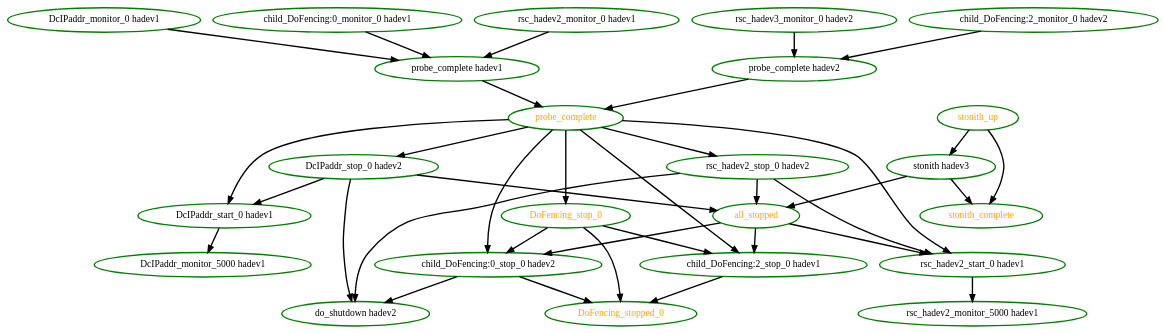
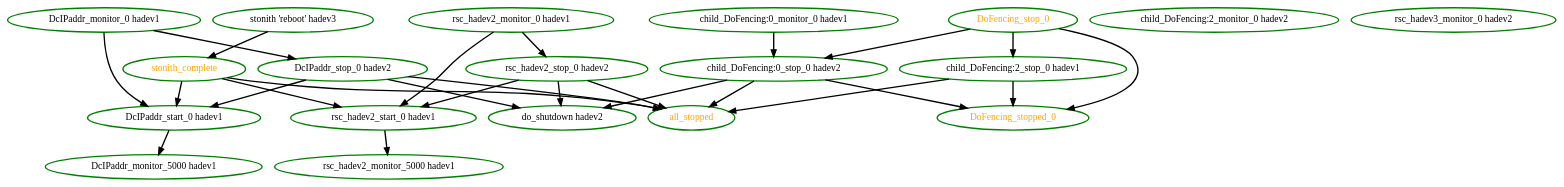
Before and after one commit to ystk/debian-pacemaker: the diagram in pengine/test10/594.dot, drawn with Graphviz. The commit also changed 5363 other files, not shown here.

```diff
--- a/pengine/test10/594.dot
+++ b/pengine/test10/594.dot
@@ -1,60 +1,46 @@
- digraph "g" {
-"DcIPaddr_monitor_0 hadev1" -> "probe_complete hadev1" [ style = bold]
+digraph "g" {
+"DcIPaddr_monitor_0 hadev1" -> "DcIPaddr_start_0 hadev1" [ style = bold]
+"DcIPaddr_monitor_0 hadev1" -> "DcIPaddr_stop_0 hadev2" [ style = bold]
 "DcIPaddr_monitor_0 hadev1" [ style=bold color="green" fontcolor="black" ]
 "DcIPaddr_monitor_5000 hadev1" [ style=bold color="green" fontcolor="black" ]
 "DcIPaddr_start_0 hadev1" -> "DcIPaddr_monitor_5000 hadev1" [ style = bold]
 "DcIPaddr_start_0 hadev1" [ style=bold color="green" fontcolor="black" ]
 "DcIPaddr_stop_0 hadev2" -> "DcIPaddr_start_0 hadev1" [ style = bold]
 "DcIPaddr_stop_0 hadev2" -> "all_stopped" [ style = bold]
 "DcIPaddr_stop_0 hadev2" -> "do_shutdown hadev2" [ style = bold]
 "DcIPaddr_stop_0 hadev2" [ style=bold color="green" fontcolor="black" ]
 "DoFencing_stop_0" -> "DoFencing_stopped_0" [ style = bold]
 "DoFencing_stop_0" -> "child_DoFencing:0_stop_0 hadev2" [ style = bold]
 "DoFencing_stop_0" -> "child_DoFencing:2_stop_0 hadev1" [ style = bold]
 "DoFencing_stop_0" [ style=bold color="green" fontcolor="orange" ]
 "DoFencing_stopped_0" [ style=bold color="green" fontcolor="orange" ]
-"all_stopped" -> "child_DoFencing:0_stop_0 hadev2" [ style = bold]
-"all_stopped" -> "child_DoFencing:2_stop_0 hadev1" [ style = bold]
-"all_stopped" -> "rsc_hadev2_start_0 hadev1" [ style = bold]
-"all_stopped" [ style=bold color="green" fontcolor="orange"  ]
-"child_DoFencing:0_monitor_0 hadev1" -> "probe_complete hadev1" [ style = bold]
+"all_stopped" [ style=bold color="green" fontcolor="orange" ]
+"child_DoFencing:0_monitor_0 hadev1" -> "child_DoFencing:0_stop_0 hadev2" [ style = bold]
 "child_DoFencing:0_monitor_0 hadev1" [ style=bold color="green" fontcolor="black" ]
 "child_DoFencing:0_stop_0 hadev2" -> "DoFencing_stopped_0" [ style = bold]
+"child_DoFencing:0_stop_0 hadev2" -> "all_stopped" [ style = bold]
 "child_DoFencing:0_stop_0 hadev2" -> "do_shutdown hadev2" [ style = bold]
 "child_DoFencing:0_stop_0 hadev2" [ style=bold color="green" fontcolor="black" ]
-"child_DoFencing:2_monitor_0 hadev2" -> "probe_complete hadev2" [ style = bold]
 "child_DoFencing:2_monitor_0 hadev2" [ style=bold color="green" fontcolor="black" ]
 "child_DoFencing:2_stop_0 hadev1" -> "DoFencing_stopped_0" [ style = bold]
+"child_DoFencing:2_stop_0 hadev1" -> "all_stopped" [ style = bold]
 "child_DoFencing:2_stop_0 hadev1" [ style=bold color="green" fontcolor="black" ]
 "do_shutdown hadev2" [ style=bold color="green" fontcolor="black" ]
-"probe_complete hadev1" -> "probe_complete" [ style = bold]
-"probe_complete hadev1" [ style=bold color="green" fontcolor="black" ]
-"probe_complete hadev2" -> "probe_complete" [ style = bold]
-"probe_complete hadev2" [ style=bold color="green" fontcolor="black" ]
-"probe_complete" -> "DcIPaddr_start_0 hadev1" [ style = bold]
-"probe_complete" -> "DcIPaddr_stop_0 hadev2" [ style = bold]
-"probe_complete" -> "DoFencing_stop_0" [ style = bold]
-"probe_complete" -> "child_DoFencing:0_stop_0 hadev2" [ style = bold]
-"probe_complete" -> "child_DoFencing:2_stop_0 hadev1" [ style = bold]
-"probe_complete" -> "rsc_hadev2_start_0 hadev1" [ style = bold]
-"probe_complete" -> "rsc_hadev2_stop_0 hadev2" [ style = bold]
-"probe_complete" [ style=bold color="green" fontcolor="orange" ]
-"rsc_hadev2_monitor_0 hadev1" -> "probe_complete hadev1" [ style = bold]
+"rsc_hadev2_monitor_0 hadev1" -> "rsc_hadev2_start_0 hadev1" [ style = bold]
+"rsc_hadev2_monitor_0 hadev1" -> "rsc_hadev2_stop_0 hadev2" [ style = bold]
 "rsc_hadev2_monitor_0 hadev1" [ style=bold color="green" fontcolor="black" ]
 "rsc_hadev2_monitor_5000 hadev1" [ style=bold color="green" fontcolor="black" ]
 "rsc_hadev2_start_0 hadev1" -> "rsc_hadev2_monitor_5000 hadev1" [ style = bold]
 "rsc_hadev2_start_0 hadev1" [ style=bold color="green" fontcolor="black" ]
 "rsc_hadev2_stop_0 hadev2" -> "all_stopped" [ style = bold]
 "rsc_hadev2_stop_0 hadev2" -> "do_shutdown hadev2" [ style = bold]
 "rsc_hadev2_stop_0 hadev2" -> "rsc_hadev2_start_0 hadev1" [ style = bold]
 "rsc_hadev2_stop_0 hadev2" [ style=bold color="green" fontcolor="black" ]
-"rsc_hadev3_monitor_0 hadev2" -> "probe_complete hadev2" [ style = bold]
 "rsc_hadev3_monitor_0 hadev2" [ style=bold color="green" fontcolor="black" ]
-"stonith hadev3" -> "all_stopped" [ style = bold]
-"stonith hadev3" -> "stonith_complete" [ style = bold]
-"stonith hadev3" [ style=bold color="green" fontcolor="black" ]
-"stonith_complete" [ style=bold color="green" fontcolor="orange"  ]
-"stonith_up" -> "stonith hadev3" [ style = bold]
-"stonith_up" -> "stonith_complete" [ style = bold]
-"stonith_up" [ style=bold color="green" fontcolor="orange"  ]
+"stonith 'reboot' hadev3" -> "stonith_complete" [ style = bold]
+"stonith 'reboot' hadev3" [ style=bold color="green" fontcolor="black"]
+"stonith_complete" -> "DcIPaddr_start_0 hadev1" [ style = bold]
+"stonith_complete" -> "all_stopped" [ style = bold]
+"stonith_complete" -> "rsc_hadev2_start_0 hadev1" [ style = bold]
+"stonith_complete" [ style=bold color="green" fontcolor="orange" ]
 }
```
